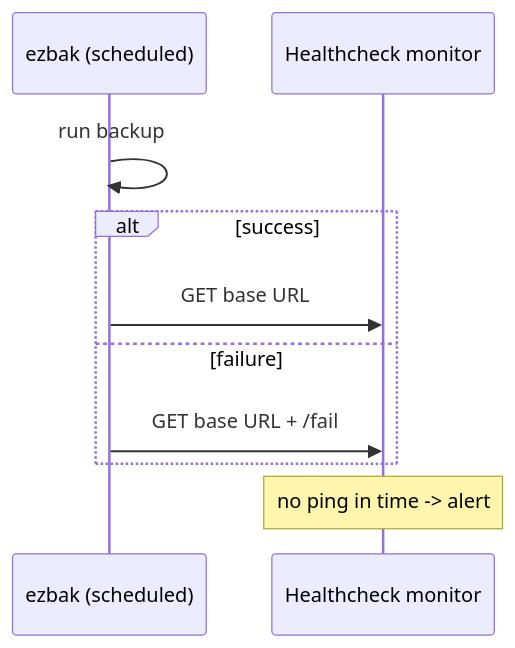
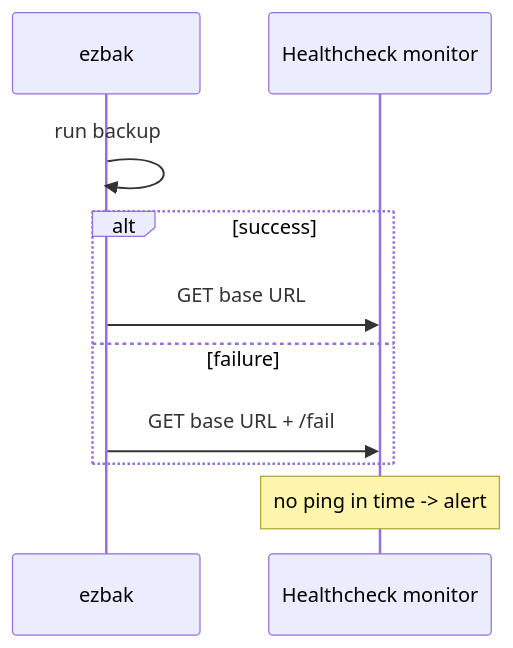
One commit to natelandau/ezbak changed the diagram in docs/orchestration/monitoring.md. Above: the diagram before and after it, drawn with Mermaid. The commit also changed other lines of this file and 5 other files, not shown here.

````diff
--- a/docs/orchestration/monitoring.md
+++ b/docs/orchestration/monitoring.md
@@ -23,12 +23,12 @@
 ```mermaid
 sequenceDiagram
-    participant E as ezbak (scheduled)
+    participant E as ezbak
     participant M as Healthcheck monitor
     E->>E: run backup
     alt success
         E->>M: GET base URL
     else failure
         E->>M: GET base URL + /fail
     end
     Note over M: no ping in time -> alert
 ```
````
